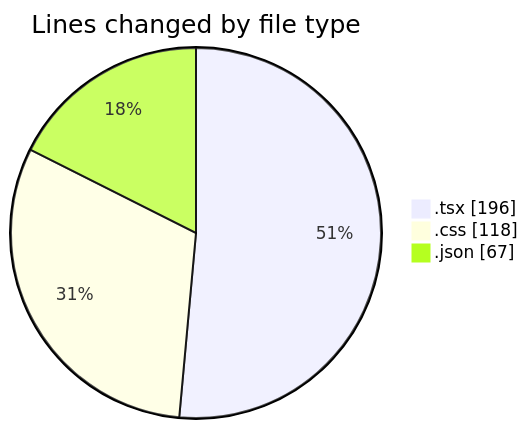
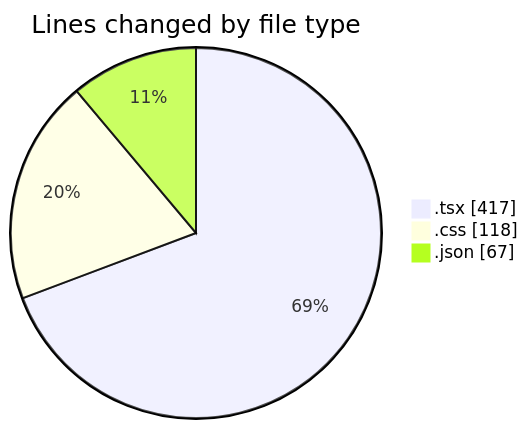
One commit to robertbonfada/code-tracking changed the first of 2 diagrams in 2025-01-08/mbc-web/README.md. Above: the diagram before and after it, drawn with Mermaid. The commit also changed other lines of this file and 1 other file, not shown here.

````diff
--- a/2025-01-08/mbc-web/README.md
+++ b/2025-01-08/mbc-web/README.md
@@ -26,7 +32,7 @@
 ```mermaid
 pie showData
 title Lines changed by file type
-".tsx" : 196
+".tsx" : 417
 ".css" : 118
 ".json" : 67
 ```
````
